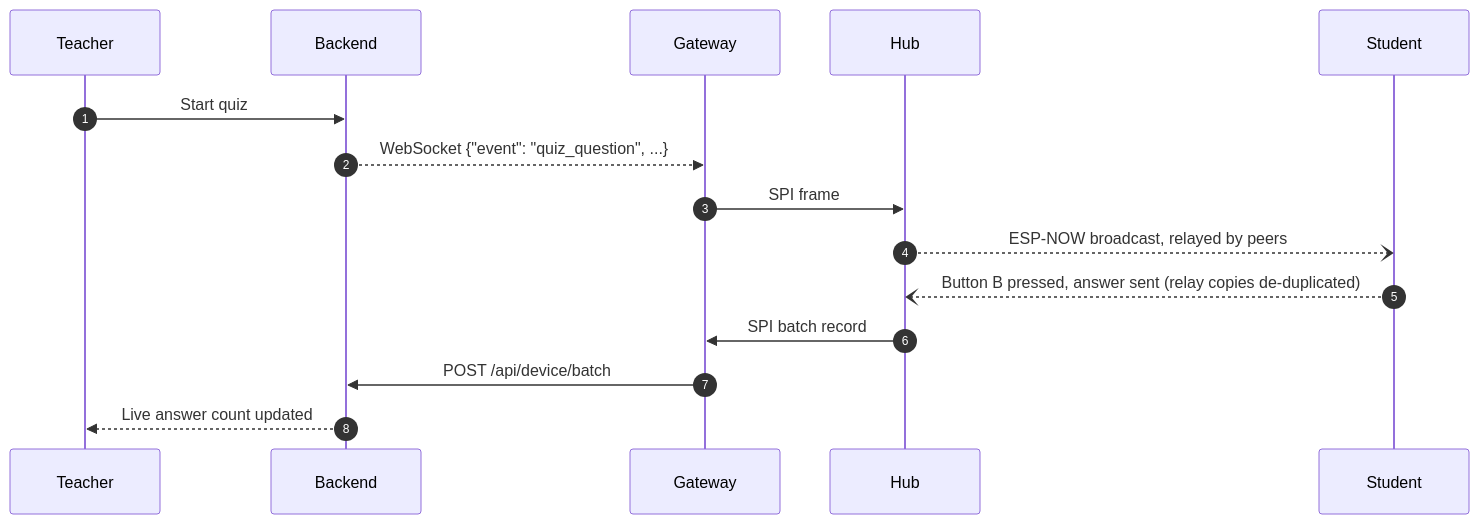
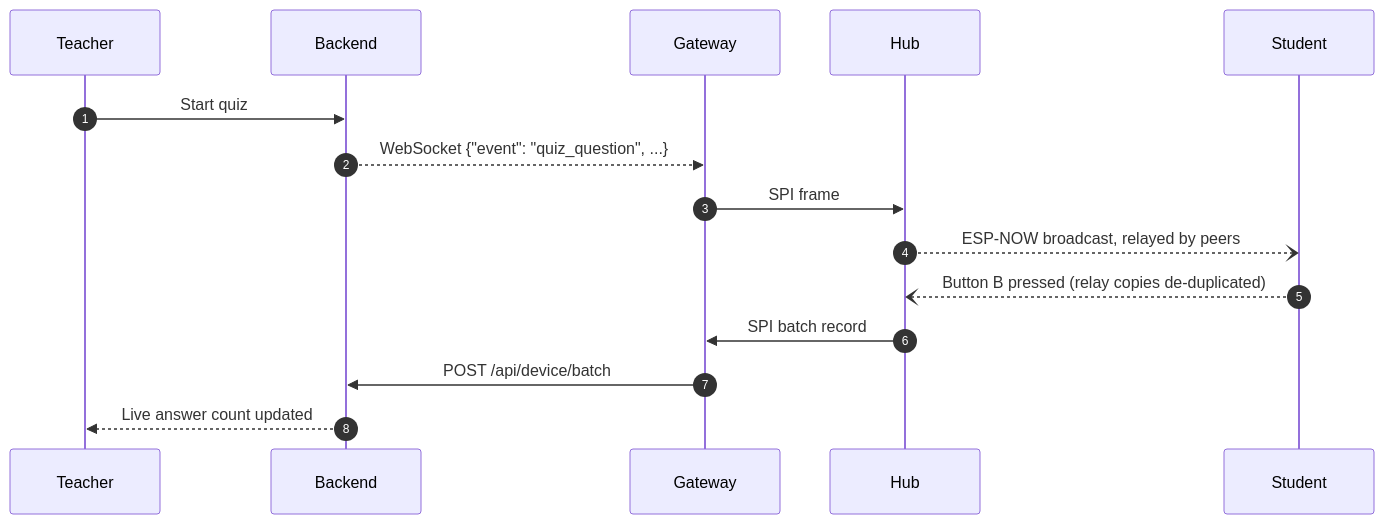
Before and after one commit to Kush-Kelaiya22/imPress: the second of 3 diagrams in README.md, drawn with Mermaid. The commit also changed other lines of this file and 24 other files, not shown here.

````diff
--- a/README.md
+++ b/README.md
@@ -103,17 +169,17 @@
 ```mermaid
 sequenceDiagram
     autonumber
     participant T as Teacher
     participant BE as Backend
     participant C6 as Gateway
     participant S3 as Hub
     participant ST as Student
     T->>BE: Start quiz
     BE-->>C6: WebSocket {"event": "quiz_question", ...}
     C6->>S3: SPI frame
     S3--)ST: ESP-NOW broadcast, relayed by peers
-    ST--)S3: Button B pressed, answer sent (relay copies de-duplicated)
+    ST--)S3: Button B pressed (relay copies de-duplicated)
     S3->>C6: SPI batch record
     C6->>BE: POST /api/device/batch
     BE-->>T: Live answer count updated
 ```
````
